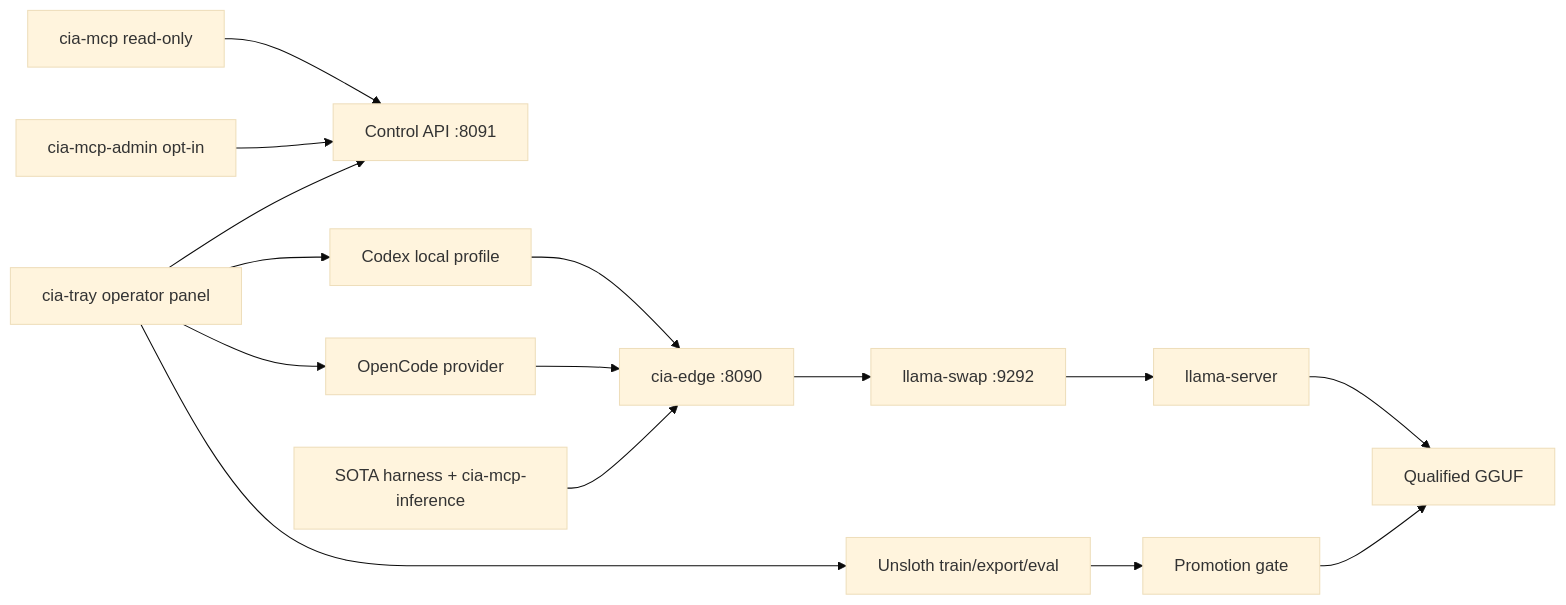
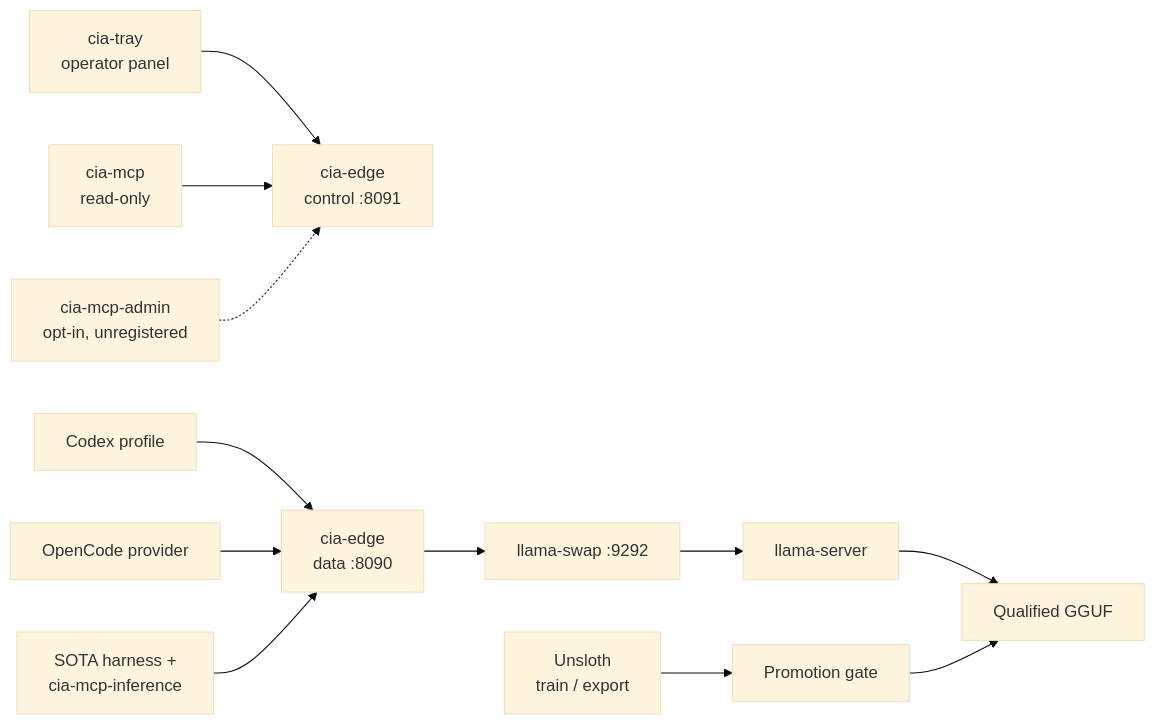
Before and after one commit to Sitr3n01/IA_local_server: the diagram in README.md, drawn with Mermaid (base theme). The commit also changed other lines of this file, not shown here.

````diff
--- a/README.md
+++ b/README.md
@@ -11,17 +44,15 @@
 ```mermaid
 flowchart LR
-	T["cia-tray operator panel"] --> P["Control API :8091"]
-	T --> C
-	T --> O
-	T --> U
-	C["Codex local profile"] --> E["cia-edge :8090"]
+    T["cia-tray<br/>operator panel"] --> P
+    C["Codex profile"] --> E
     O["OpenCode provider"] --> E
-    E --> S["llama-swap :9292"]
-    S --> L["llama-server"]
+    E["cia-edge<br/>data :8090"] --> S
+    P["cia-edge<br/>control :8091"]
+    S["llama-swap :9292"] --> L["llama-server"]
     L --> G["Qualified GGUF"]
-    M["cia-mcp read-only"] --> P["Control API :8091"]
-    D["SOTA harness + cia-mcp-inference"] --> E
-    A["cia-mcp-admin opt-in"] --> P
-    U["Unsloth train/export/eval"] --> Q["Promotion gate"]
+    M["cia-mcp<br/>read-only"] --> P
+    D["SOTA harness +<br/>cia-mcp-inference"] --> E
+    A["cia-mcp-admin<br/>opt-in, unregistered"] -.-> P
+    U["Unsloth<br/>train / export"] --> Q["Promotion gate"]
     Q --> G
 ```
````
